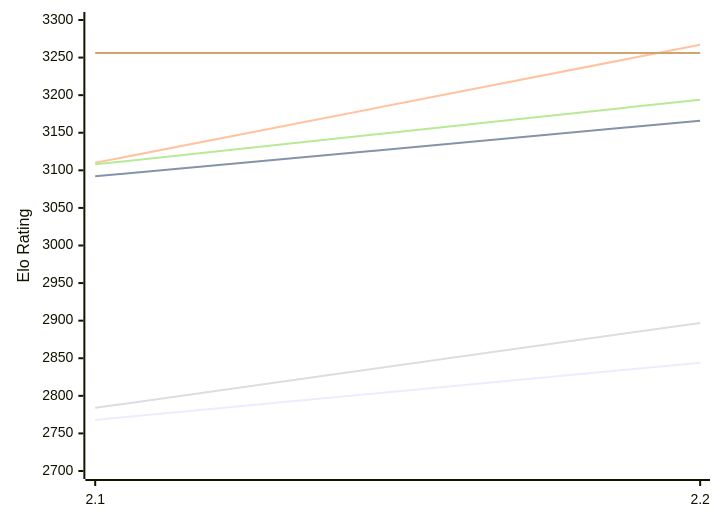
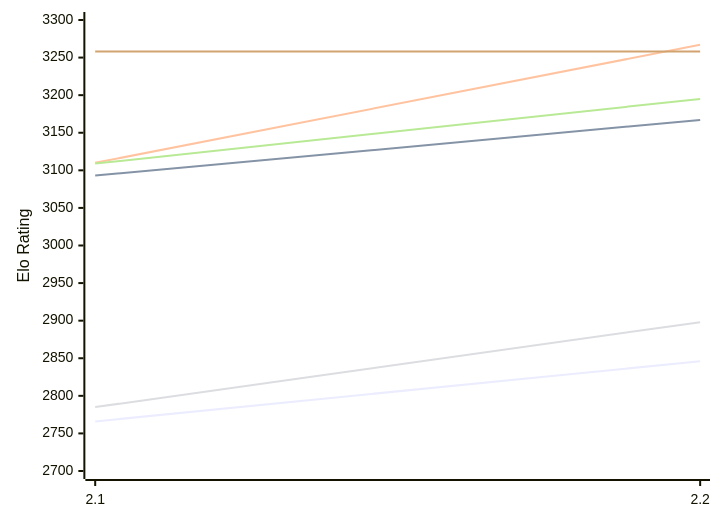
One commit to computer-chess-index/cci changed the first of 2 diagrams in engines/Tunguska.md. Above: the diagram before and after it, drawn with Mermaid. The commit also changed other lines of this file, not shown here.

Commit message:
Update CCI Ratings (ELO VLTC) - 2026-11-27

````diff
--- a/engines/Tunguska.md
+++ b/engines/Tunguska.md
@@ -51,12 +51,12 @@
 ```mermaid
 %%{init: {"theme":"base","themeVariables":{"seriesColors:['#a3a3a3','#222221','#faa371']}}}%%
 xychart-beta
   x-axis ["2.1", "2.2"]
   y-axis "Elo Rating" 2700 --> 3300
-  line "E1: STC (8.0+0.08s)" [2768, 2844]
-  line "E1: LTC (60.0+0.60s)" [3092, 3166]
+  line "E1: STC (8.0+0.08s)" [2766, 2846]
+  line "E1: LTC (60.0+0.60s)" [3093, 3167]
   line "E1: VLTC (2m24s+1.12s)" [3110, 3267]
-  line "P1: STC (8.0+0.08s)" [2784, 2897]
-  line "P1: LTC (60.0+0.60s)" [3108, 3194]
-  line "P1: VLTC (2m24s+1.12s)" [3256, 3256]
+  line "P1: STC (8.0+0.08s)" [2785, 2898]
+  line "P1: LTC (60.0+0.60s)" [3109, 3195]
+  line "P1: VLTC (2m24s+1.12s)" [3258, 3258]
 ```
````
